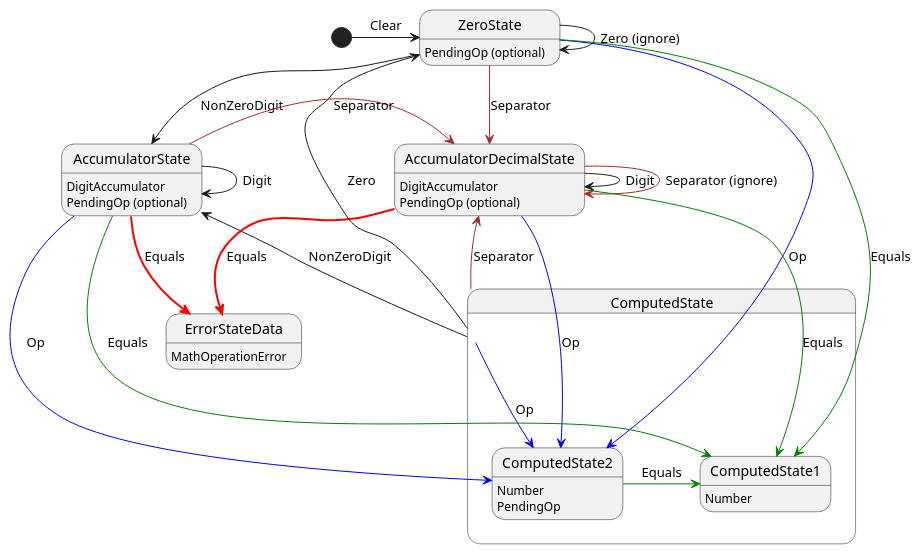
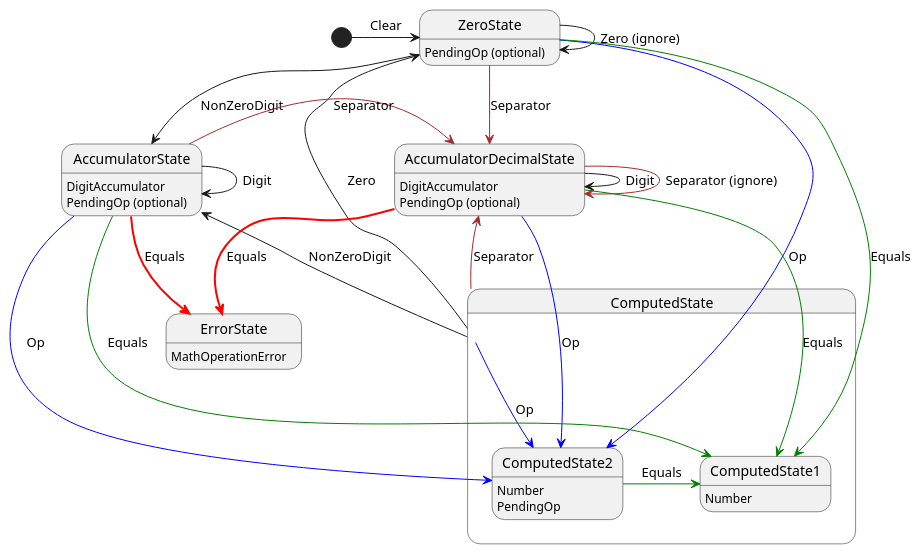
One commit to susumu2357/CalculatorWalkthrough changed the diagram in StateMachine.pu. Above: the diagram before and after it, drawn with PlantUML. The commit also changed 2 other files, not shown here.

```diff
--- a/StateMachine.pu
+++ b/StateMachine.pu
@@ -1,56 +1,56 @@
 @startuml test
 
 ' States
 ZeroState: PendingOp (optional)
 AccumulatorState: DigitAccumulator\nPendingOp (optional)
 AccumulatorDecimalState: DigitAccumulator\nPendingOp (optional)
 state ComputedState {
     state ComputedState1
     ComputedState1: Number
     state ComputedState2
     ComputedState2 : Number\nPendingOp
 }
-ErrorStateData: MathOperationError
+ErrorState: MathOperationError
 
 ' Inputs
 ' Zero
 ZeroState -> ZeroState : Zero (ignore)
 ' AccumulatorState -> AccumulatorState : Digit
 ' AccumulatorDecimalState -> AccumulatorDecimalState : Digit
 ComputedState -up-> ZeroState : Zero
-' ErrorStateData
+' ErrorState
 
 ' NonZeroDigit
 ZeroState --> AccumulatorState : NonZeroDigit
 AccumulatorState -> AccumulatorState : Digit
 AccumulatorDecimalState -> AccumulatorDecimalState : Digit
 ComputedState -up-> AccumulatorState : NonZeroDigit
-' ErrorStateData
+' ErrorState
 
 ' DecimalSeparator
 ZeroState -[#Brown]> AccumulatorDecimalState : Separator
 AccumulatorState -[#Brown]> AccumulatorDecimalState : Separator
 AccumulatorDecimalState -[#Brown]> AccumulatorDecimalState : Separator (ignore)
 ComputedState -up[#Brown]-> AccumulatorDecimalState : Separator
-' ErrorStateData
+' ErrorState
 
 ' MathOp
 ZeroState -[#Blue]-> ComputedState2 : Op
 AccumulatorState -[#Blue]-> ComputedState2 : Op
 AccumulatorDecimalState -[#Blue]-> ComputedState2 : Op
 ComputedState -[#Blue]-> ComputedState2 : Op
 ' ErrorStateData
 
 ' Equals
 ZeroState -[#Green]-> ComputedState1 : Equals
 AccumulatorState -[#Green]-> ComputedState1 : Equals
-AccumulatorState -[#Red,bold]-> ErrorStateData : Equals
+AccumulatorState -[#Red,bold]-> ErrorState : Equals
 AccumulatorDecimalState -[#Green]-> ComputedState1 : Equals
-AccumulatorDecimalState -[#Red,bold]-> ErrorStateData : Equals
+AccumulatorDecimalState -[#Red,bold]-> ErrorState : Equals
 ComputedState2 -right[#Green]-> ComputedState1 : Equals
-' ErrorStateData
+' ErrorState
 
 ' Clear
 [*] -> ZeroState : Clear
 
 @enduml
```
